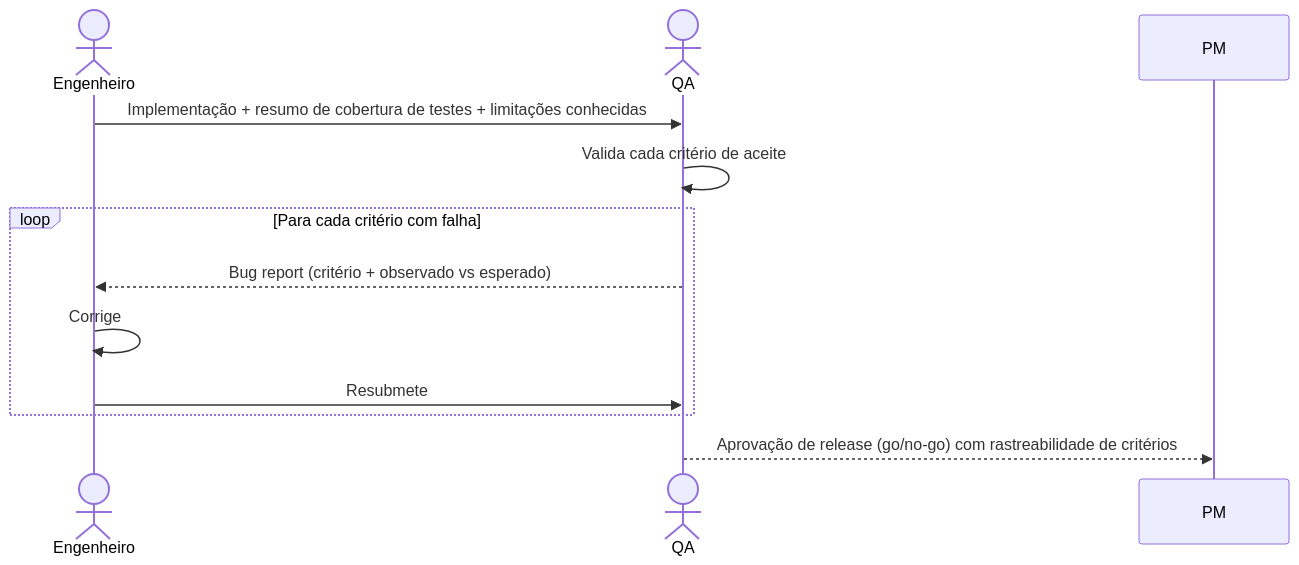
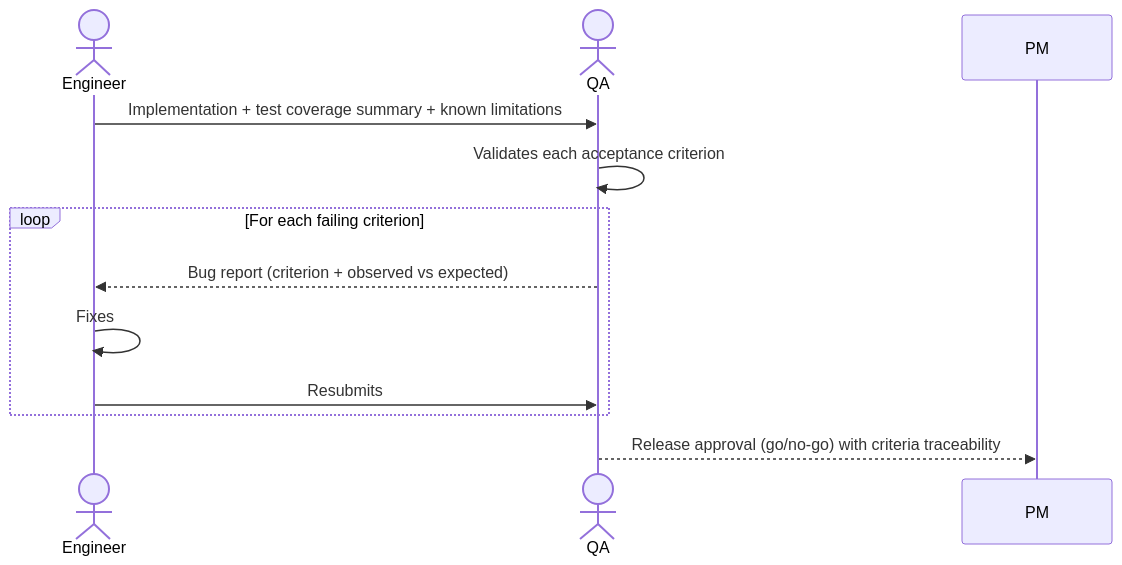
The diagram in interactions/11-engineers-to-qa.md (hugo-hsbtech/teamwork-process), drawn with Mermaid before and after one commit. The commit also changed other lines of this file and 63 other files, not shown here.

````diff
--- a/interactions/11-engineers-to-qa.md
+++ b/interactions/11-engineers-to-qa.md
@@ -62,16 +62,16 @@
 ```mermaid
 sequenceDiagram
-    actor ENG as Engenheiro
+    actor ENG as Engineer
     actor QA as QA
 
-    ENG->>QA: Implementação + resumo de cobertura de testes + limitações conhecidas
-    QA->>QA: Valida cada critério de aceite
+    ENG->>QA: Implementation + test coverage summary + known limitations
+    QA->>QA: Validates each acceptance criterion
 
-    loop Para cada critério com falha
-        QA-->>ENG: Bug report (critério + observado vs esperado)
-        ENG->>ENG: Corrige
-        ENG->>QA: Resubmete
+    loop For each failing criterion
+        QA-->>ENG: Bug report (criterion + observed vs expected)
+        ENG->>ENG: Fixes
+        ENG->>QA: Resubmits
     end
 
-    QA-->>PM: Aprovação de release (go/no-go) com rastreabilidade de critérios
+    QA-->>PM: Release approval (go/no-go) with criteria traceability
 ```
````
